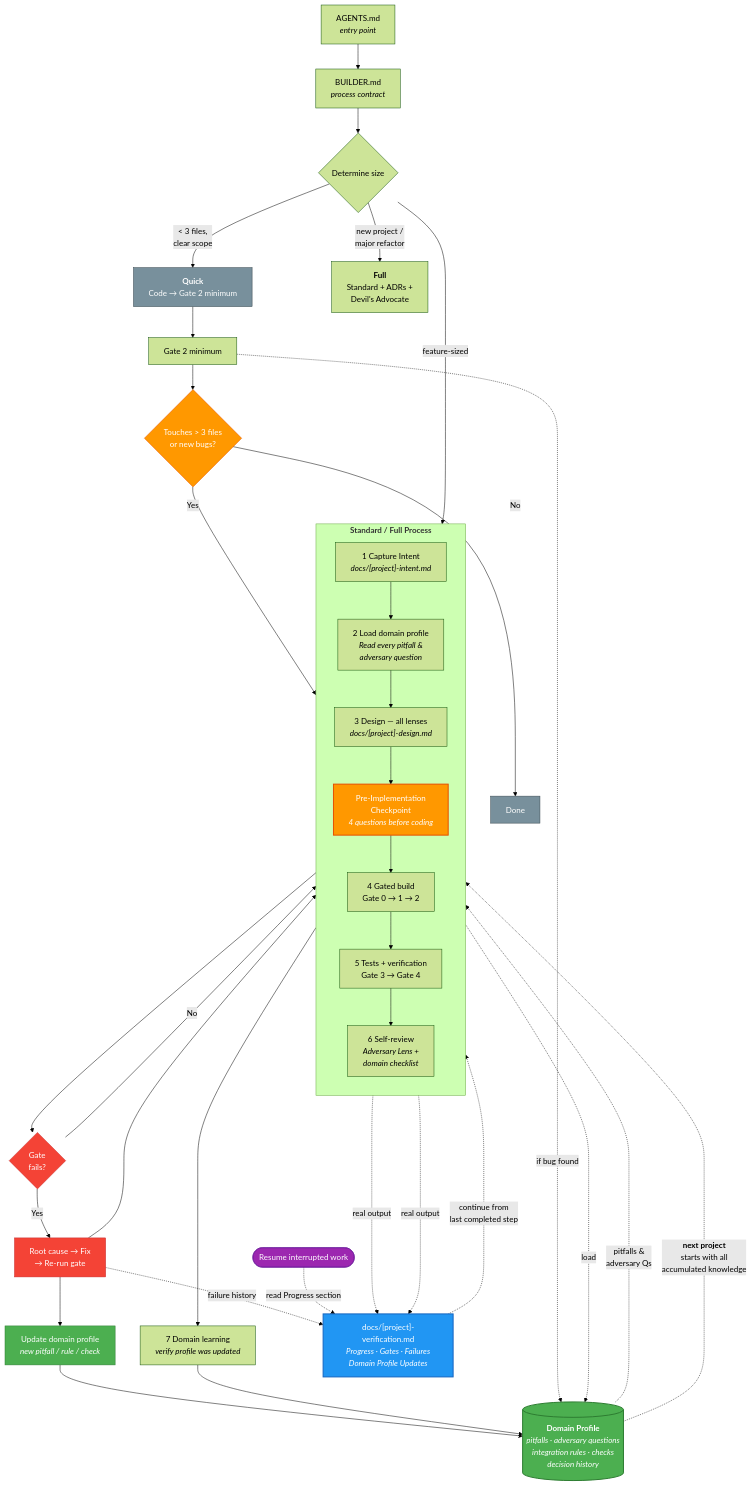
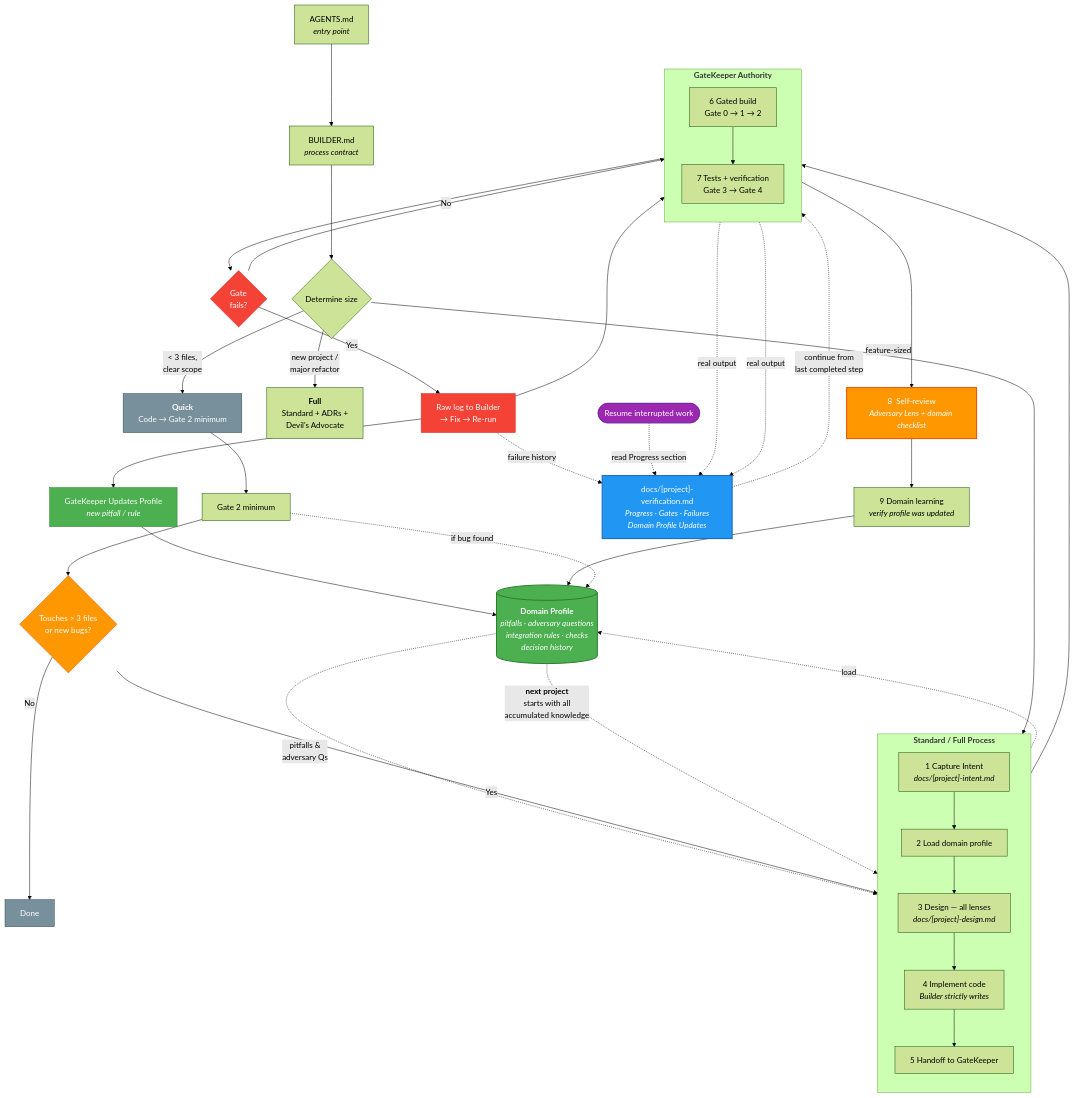
Before and after one commit to oscarmarina/agent-kit: the diagram in README.md, drawn with Mermaid (forest theme). The commit also changed other lines of this file and 11 other files, not shown here.

First line of the commit message:
feat: Enhance domain profiles and verification process

```diff
--- a/README.md
+++ b/README.md
@@ -30,20 +30,26 @@
     subgraph STANDARD ["<b>Standard / Full Process</b>"]
         direction TB
         INTENT["1  Capture Intent<br/><i>docs/[project]-intent.md</i>"]
-        LOAD_PROFILE["2  Load domain profile<br/><i>Read every pitfall &<br/>adversary question</i>"]
+        LOAD_PROFILE["2  Load domain profile"]
         DESIGN["3  Design — all lenses<br/><i>docs/[project]-design.md</i>"]
-        CHECKPOINT["Pre-Implementation<br/>Checkpoint<br/><i>4 questions before coding</i>"]
-        GATES["4  Gated build<br/>Gate 0 → 1 → 2"]
-        TESTS["5  Tests + verification<br/>Gate 3 → Gate 4"]
-        REVIEW["6  Self-review<br/><i>Adversary Lens +<br/>domain checklist</i>"]
-
+        WRITE_CODE["4  Implement code<br/><i>Builder strictly writes</i>"]
+        HANDOFF["5  Handoff to GateKeeper"]
+        
         INTENT --> LOAD_PROFILE
         LOAD_PROFILE --> DESIGN
-        DESIGN --> CHECKPOINT
-        CHECKPOINT --> GATES
+        DESIGN --> WRITE_CODE
+        WRITE_CODE --> HANDOFF
+    end
+
+    %% ── Verification Loop (GateKeeper) ──
+    subgraph VERIFICATION ["<b>GateKeeper Authority</b>"]
+        direction TB
+        GATES["6  Gated build<br/>Gate 0 → 1 → 2"]
+        TESTS["7  Tests + verification<br/>Gate 3 → Gate 4"]
         GATES --> TESTS
-        TESTS --> REVIEW
     end
+    
+    HANDOFF --> VERIFICATION
 
     %% ── Domain profile (central) ──
     DP[("<b>Domain Profile</b><br/><i>pitfalls · adversary questions<br/>integration rules · checks<br/>decision history</i>")]
@@ -54,14 +60,15 @@
 
     %% ── Gate failure loop ──
     GATES --> FAIL{"Gate<br/>fails?"}
-    FAIL -->|"Yes"| FIX["Root cause → Fix<br/>→ Re-run gate"]
-    FIX --> UPDATE_PROFILE["Update domain profile<br/><i>new pitfall / rule / check</i>"]
+    FAIL -->|"Yes"| FIX["Raw log to Builder<br/>→ Fix → Re-run"]
+    FIX --> UPDATE_PROFILE["GateKeeper Updates Profile<br/><i>new pitfall / rule</i>"]
     UPDATE_PROFILE --> DP
     FIX --> GATES
     FAIL -->|"No"| TESTS
 
     %% ── Learning cycle ──
-    REVIEW --> LEARNING["7  Domain learning<br/><i>verify profile was updated</i>"]
+    TESTS --> REVIEW["8  Self-review<br/><i>Adversary Lens + domain checklist</i>"]
+    REVIEW --> LEARNING["9  Domain learning<br/><i>verify profile was updated</i>"]
     LEARNING --> DP
 
     %% ── Verification log ──
@@ -88,7 +95,7 @@
     %% ── Styles ──
     style DP fill:#4CAF50,color:#fff,stroke:#2E7D32,stroke-width:2px
     style VLOG fill:#2196F3,color:#fff,stroke:#1565C0,stroke-width:2px
-    style CHECKPOINT fill:#FF9800,color:#fff,stroke:#E65100,stroke-width:2px
+    style REVIEW fill:#FF9800,color:#fff,stroke:#E65100,stroke-width:2px
     style FAIL fill:#f44336,color:#fff,stroke:#c62828
     style FIX fill:#f44336,color:#fff,stroke:#c62828
     style UPDATE_PROFILE fill:#4CAF50,color:#fff,stroke:#2E7D32
```
